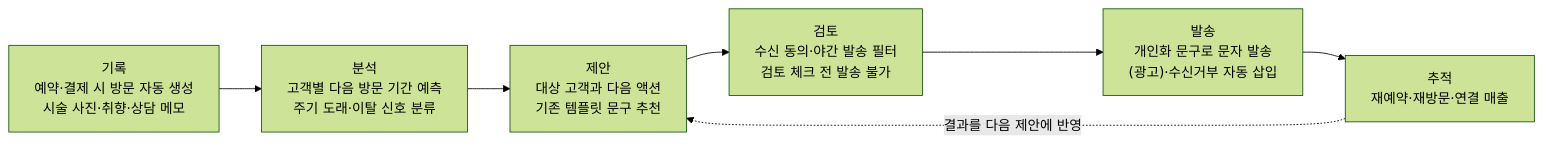
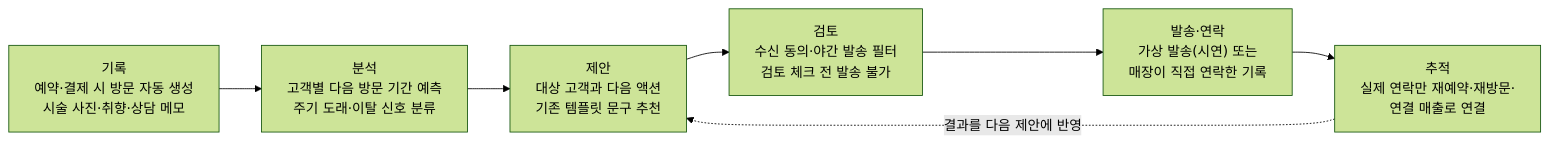
Before and after one commit to tuktak-lab/docs: the first of 2 diagrams in 기획서.md, drawn with Mermaid (forest theme). The commit also changed other lines of this file and 3 other files, not shown here.

````diff
--- a/기획서.md
+++ b/기획서.md
@@ -17,9 +17,9 @@
 ```mermaid
 flowchart LR
     A["기록<br/>예약·결제 시 방문 자동 생성<br/>시술 사진·취향·상담 메모"] --> B["분석<br/>고객별 다음 방문 기간 예측<br/>주기 도래·이탈 신호 분류"]
     B --> C["제안<br/>대상 고객과 다음 액션<br/>기존 템플릿 문구 추천"]
     C --> D["검토<br/>수신 동의·야간 발송 필터<br/>검토 체크 전 발송 불가"]
-    D --> E["발송<br/>개인화 문구로 문자 발송<br/>(광고)·수신거부 자동 삽입"]
-    E --> F["추적<br/>재예약·재방문·연결 매출"]
+    D --> E["발송·연락<br/>가상 발송(시연) 또는<br/>매장이 직접 연락한 기록"]
+    E --> F["추적<br/>실제 연락만 재예약·재방문·<br/>연결 매출로 연결"]
     F -. 결과를 다음 제안에 반영 .-> C
 ```
````
